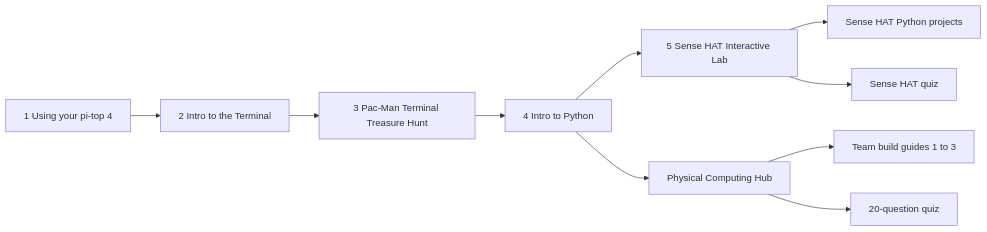
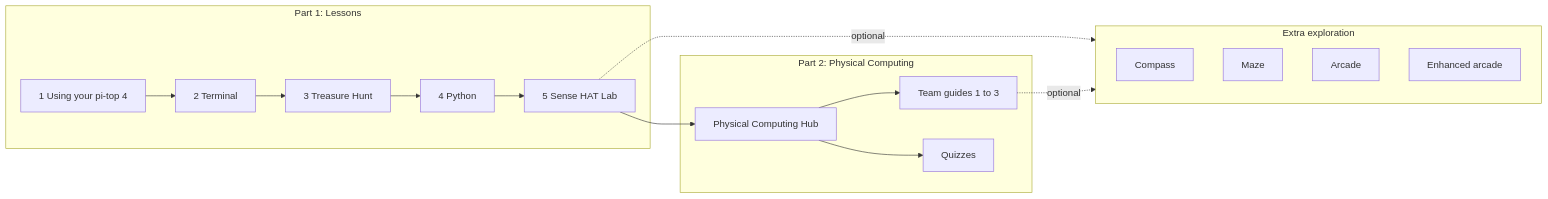
The diagram in README.md (jln1028/TechTopia), drawn with Mermaid before and after one commit. The commit also changed other lines of this file and 20 other files, not shown here.

Commit message:
Multi-license (MIT, CC BY, CC BY-SA), reorganize docs by course flow: Part 1 lessons, Part 2 physical computing, extra exploration

````diff
--- a/README.md
+++ b/README.md
@@ -21,12 +23,22 @@
 ```mermaid
 flowchart LR
-    A[1 Using your pi-top 4] --> B[2 Intro to the Terminal]
-    B --> C[3 Pac-Man Terminal Treasure Hunt]
-    C --> D[4 Intro to Python]
-    D --> E[5 Sense HAT Interactive Lab]
-    D --> F[Physical Computing Hub]
-    F --> G[Team build guides 1 to 3]
-    E --> H[Sense HAT Python projects]
-    F --> Q[20-question quiz]
-    E --> Q2[Sense HAT quiz]
+    subgraph P1[Part 1: Lessons]
+        A[1 Using your pi-top 4] --> B[2 Terminal]
+        B --> C[3 Treasure Hunt]
+        C --> D[4 Python]
+        D --> E[5 Sense HAT Lab]
+    end
+    subgraph P2[Part 2: Physical Computing]
+        F[Physical Computing Hub] --> G[Team guides 1 to 3]
+        F --> Q[Quizzes]
+    end
+    subgraph X[Extra exploration]
+        H[Compass]
+        I[Maze]
+        J[Arcade]
+        K[Enhanced arcade]
+    end
+    E --> F
+    E -.optional.-> X
+    G -.optional.-> X
 ```
````
